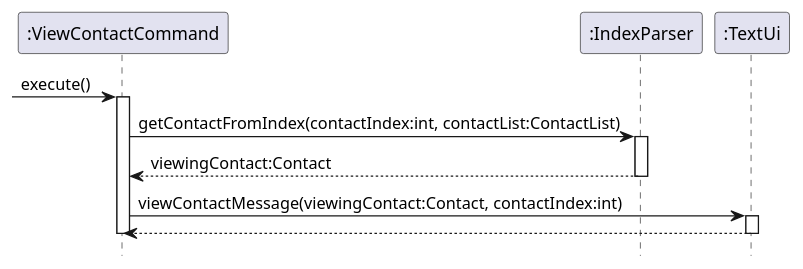
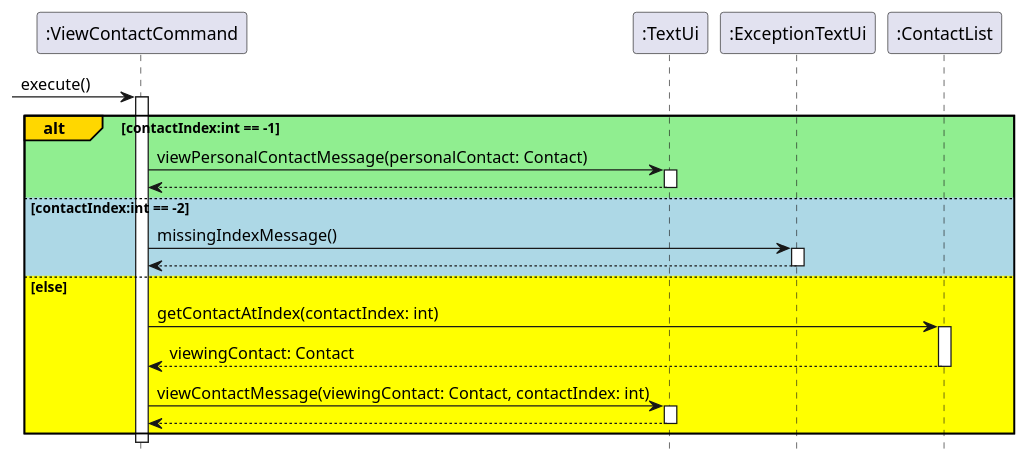
One commit to nus-cs2113-AY2122S1/tp changed the diagram in docs/diagrams/ViewContactCommandSequenceDiagram.puml. Above: the diagram before and after it, drawn with PlantUML.

Commit message:
Refactor ViewContactCommand sequence diagram code

```diff
--- a/docs/diagrams/ViewContactCommandSequenceDiagram.puml
+++ b/docs/diagrams/ViewContactCommandSequenceDiagram.puml
@@ -1,18 +1,31 @@
 @startuml
 hide footbox
 'https://plantuml.com/sequence-diagram
--> ":ViewContactCommand": execute()
+-> ":ViewContactCommand":execute()
 activate ":ViewContactCommand"
+alt#gold #lightgreen contactIndex:int == -1
+":ViewContactCommand" -> ":TextUi" :viewPersonalContactMessage(personalContact: Contact)
+activate ":TextUi"
 
-":ViewContactCommand" -> ":IndexParser" :getContactFromIndex(contactIndex:int, contactList:ContactList)
-activate ":IndexParser"
-":IndexParser" --> ":ViewContactCommand" :viewingContact:Contact
-deactivate ":IndexParser"
+":TextUi" --> ":ViewContactCommand"
+deactivate ":TextUi"
 
-":ViewContactCommand" -> ":TextUi":viewContactMessage(viewingContact:Contact, contactIndex:int)
+else #lightblue contactIndex:int == -2
+":ViewContactCommand" -> ":ExceptionTextUi" :missingIndexMessage()
+activate ":ExceptionTextUi"
+
+":ExceptionTextUi" --> ":ViewContactCommand"
+deactivate ":ExceptionTextUi"
+
+else #yellow else
+":ViewContactCommand" -> ":ContactList" :getContactAtIndex(contactIndex: int)
+activate ":ContactList"
+":ContactList" --> ":ViewContactCommand" :viewingContact: Contact
+deactivate ":ContactList"
+":ViewContactCommand" -> ":TextUi" :viewContactMessage(viewingContact: Contact, contactIndex: int)
 activate ":TextUi"
 ":TextUi" --> ":ViewContactCommand"
 deactivate ":TextUi"
-
+end
 deactivate ":ViewContactCommand"
 @enduml
```
